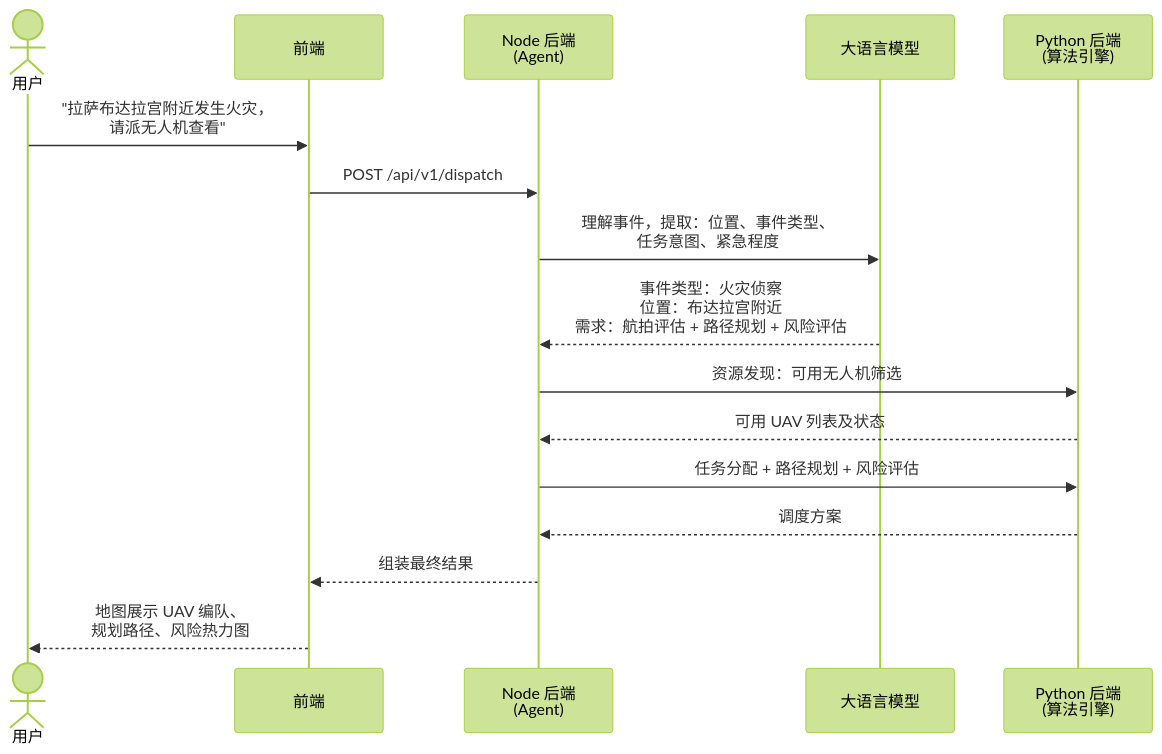
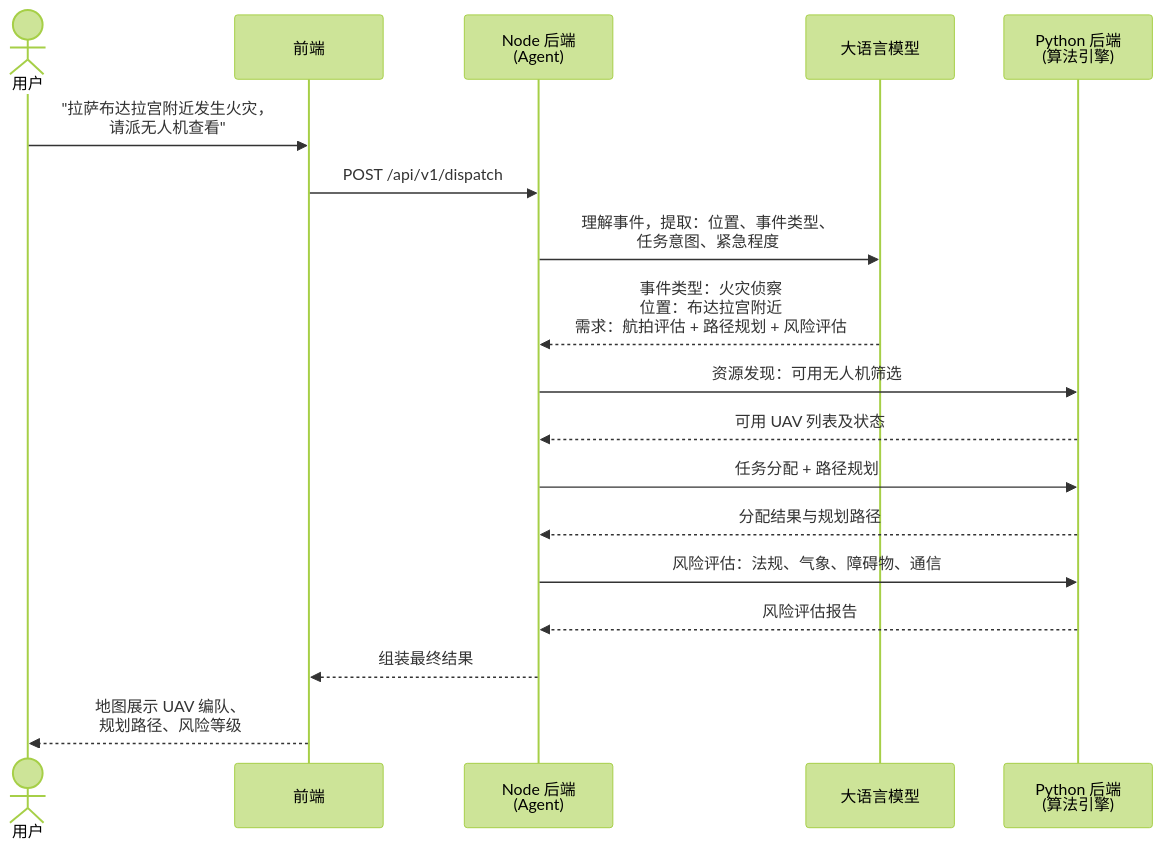
The second of 2 diagrams in README.md (909347194/ST-Risk-For-UAV), drawn with Mermaid (forest theme) before and after one commit. The commit also changed other lines of this file, not shown here.

Commit message:
docs: clarify flight risk assessment scope — regulation, weather, obstacle, comms
- 核心能力表：风险评估明确为任务分配与飞行路线的风险评估
- 架构图：Python 层标注风险评估维度（法规·气象·障碍物·通信）
- 时序图：风险评估作为独立步骤展示，输出风险评估报告
- 职责表：Python 行补充具体职责描述

````diff
--- a/README.md
+++ b/README.md
@@ -52,19 +52,21 @@
 ```mermaid
 sequenceDiagram
     actor User as 用户
     participant FE as 前端
     participant Node as Node 后端<br/>(Agent)
     participant LLM as 大语言模型
     participant Py as Python 后端<br/>(算法引擎)
 
     User->>FE: "拉萨布达拉宫附近发生火灾，<br/>请派无人机查看"
     FE->>Node: POST /api/v1/dispatch
     Node->>LLM: 理解事件，提取：位置、事件类型、<br/>任务意图、紧急程度
     LLM-->>Node: 事件类型：火灾侦察<br/>位置：布达拉宫附近<br/>需求：航拍评估 + 路径规划 + 风险评估
     Node->>Py: 资源发现：可用无人机筛选
     Py-->>Node: 可用 UAV 列表及状态
-    Node->>Py: 任务分配 + 路径规划 + 风险评估
-    Py-->>Node: 调度方案
+    Node->>Py: 任务分配 + 路径规划
+    Py-->>Node: 分配结果与规划路径
+    Node->>Py: 风险评估：法规、气象、障碍物、通信
+    Py-->>Node: 风险评估报告
     Node-->>FE: 组装最终结果
-    FE-->>User: 地图展示 UAV 编队、<br/>规划路径、风险热力图
+    FE-->>User: 地图展示 UAV 编队、<br/>规划路径、风险等级
 ```
````
